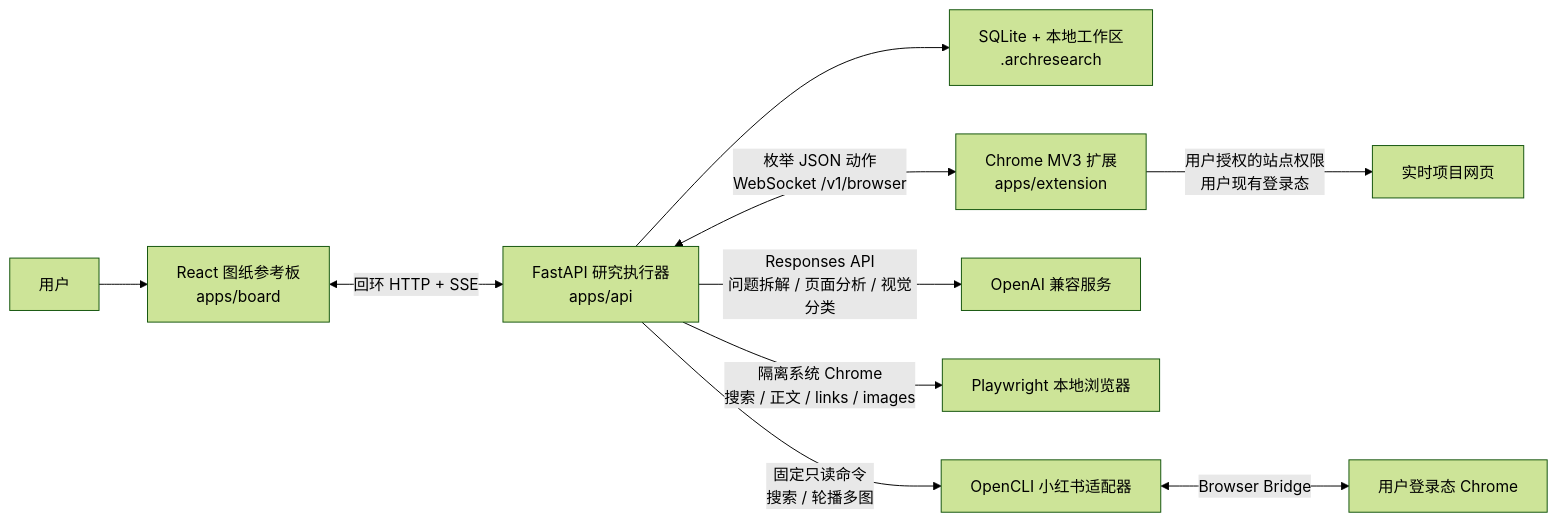
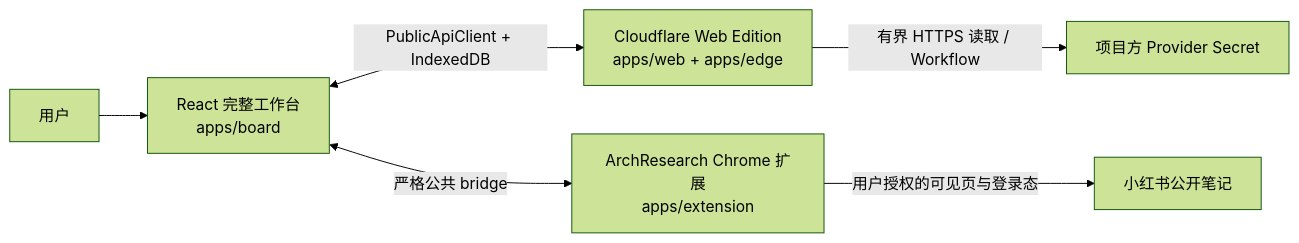
Before and after one commit to jileyu2000/archresearch: the first of 4 diagrams in docs/architecture.md, drawn with Mermaid (forest theme). The commit also changed other lines of this file and 38 other files, not shown here.

Commit message:
Retire local distribution and align Web Edition

````diff
--- a/docs/architecture.md
+++ b/docs/architecture.md
@@ -11,12 +13,8 @@
 ```mermaid
 flowchart LR
-    U["用户"] --> B["React 图纸参考板<br/>apps/board"]
-    B <-->|"回环 HTTP + SSE"| A["FastAPI 研究执行器<br/>apps/api"]
-    A --> D["SQLite + 本地工作区<br/>.archresearch"]
-    A <-->|"枚举 JSON 动作<br/>WebSocket /v1/browser"| E["Chrome MV3 扩展<br/>apps/extension"]
-    E -->|"用户授权的站点权限<br/>用户现有登录态"| W["实时项目网页"]
-    A -->|"Responses API<br/>问题拆解 / 页面分析 / 视觉分类"| O["OpenAI 兼容服务"]
-    A -->|"隔离系统 Chrome<br/>搜索 / 正文 / links / images"| P["Playwright 本地浏览器"]
-    A -->|"固定只读命令<br/>搜索 / 轮播多图"| X["OpenCLI 小红书适配器"]
-    X <-->|"Browser Bridge"| C["用户登录态 Chrome"]
+    U["用户"] --> B["React 完整工作台<br/>apps/board"]
+    B <-->|"PublicApiClient + IndexedDB"| W["Cloudflare Web Edition<br/>apps/web + apps/edge"]
+    W -->|"有界 HTTPS 读取 / Workflow"| O["项目方 Provider Secret"]
+    B <-->|"严格公共 bridge"| E["ArchResearch Chrome 扩展<br/>apps/extension"]
+    E -->|"用户授权的可见页与登录态"| X["小红书公开笔记"]
 ```
````
